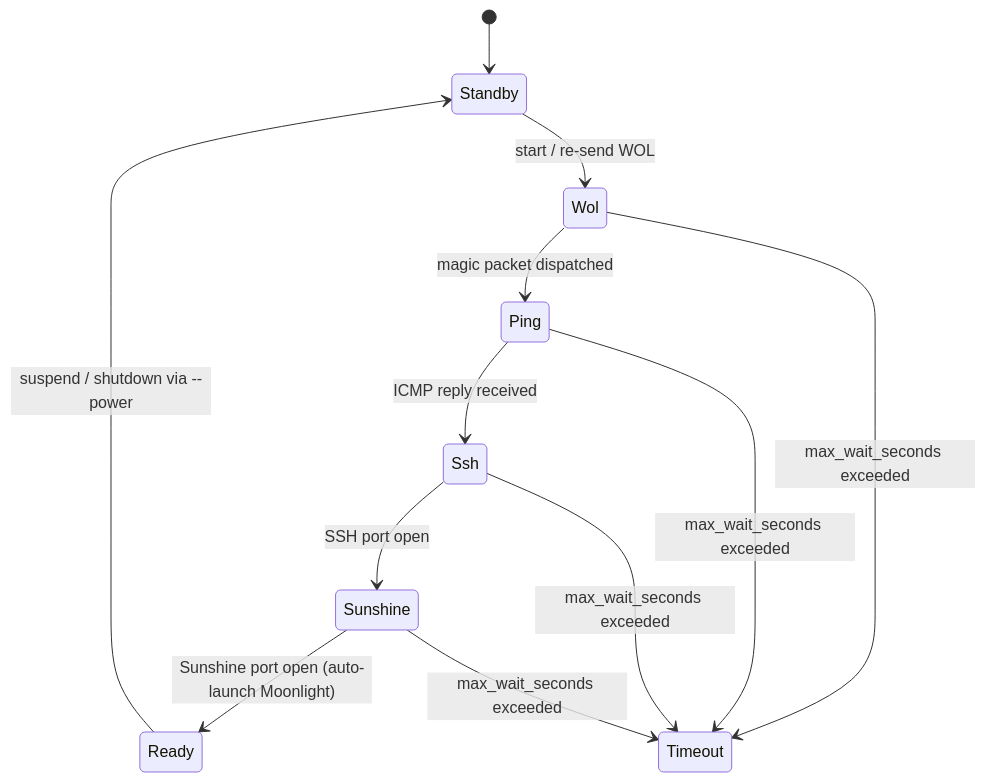
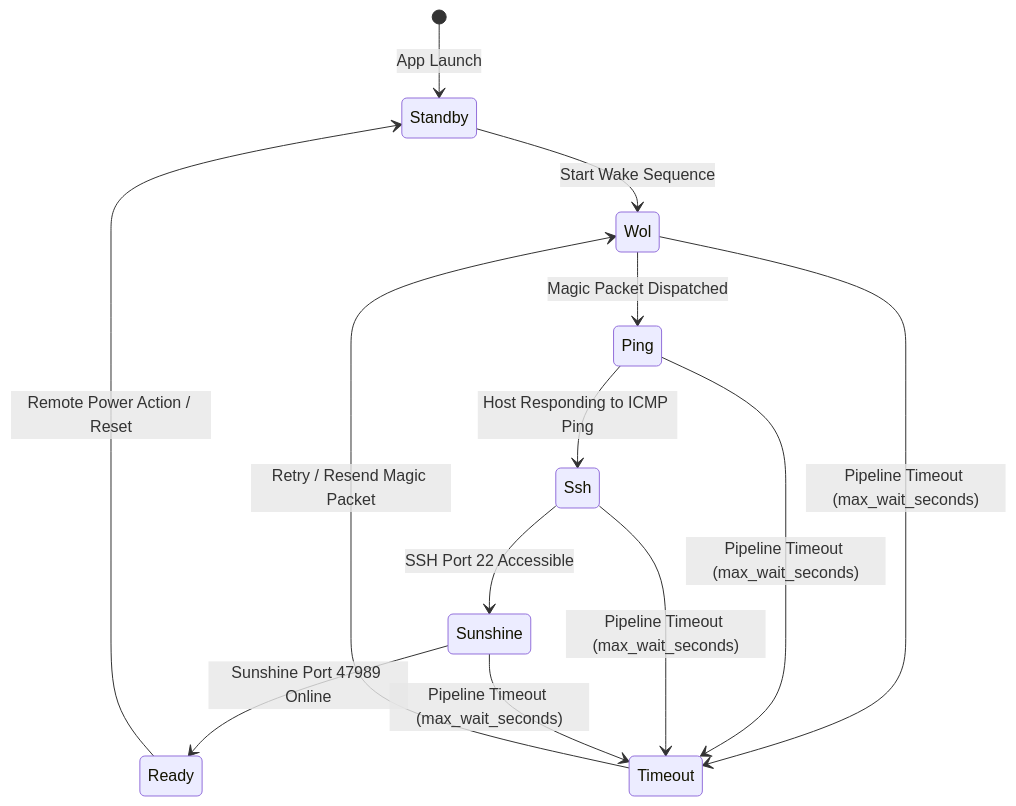
Before and after one commit to Cpleasance/wake-workstation: the first of 2 diagrams in README.md, drawn with Mermaid. The commit also changed other lines of this file and 21 other files, not shown here.

Commit message:
feat: complete open-source release readiness with CI/CD, documentation, PowerAction enum, and security policy

````diff
--- a/README.md
+++ b/README.md
@@ -166,14 +316,15 @@
 ```mermaid
 stateDiagram-v2
-    [*] --> Standby
-    Standby --> Wol: start / re-send WOL
-    Wol --> Ping: magic packet dispatched
-    Ping --> Ssh: ICMP reply received
-    Ssh --> Sunshine: SSH port open
-    Sunshine --> Ready: Sunshine port open (auto-launch Moonlight)
-    Ready --> Standby: suspend / shutdown via --power
-    Wol --> Timeout: max_wait_seconds exceeded
-    Ping --> Timeout: max_wait_seconds exceeded
-    Ssh --> Timeout: max_wait_seconds exceeded
-    Sunshine --> Timeout: max_wait_seconds exceeded
+    [*] --> Standby: App Launch
+    Standby --> Wol: Start Wake Sequence
+    Wol --> Ping: Magic Packet Dispatched
+    Ping --> Ssh: Host Responding to ICMP Ping
+    Ssh --> Sunshine: SSH Port 22 Accessible
+    Sunshine --> Ready: Sunshine Port 47989 Online
+    Ready --> Standby: Remote Power Action / Reset
+    Wol --> Timeout: Pipeline Timeout (max_wait_seconds)
+    Ping --> Timeout: Pipeline Timeout (max_wait_seconds)
+    Ssh --> Timeout: Pipeline Timeout (max_wait_seconds)
+    Sunshine --> Timeout: Pipeline Timeout (max_wait_seconds)
+    Timeout --> Wol: Retry / Resend Magic Packet
 ```
````
